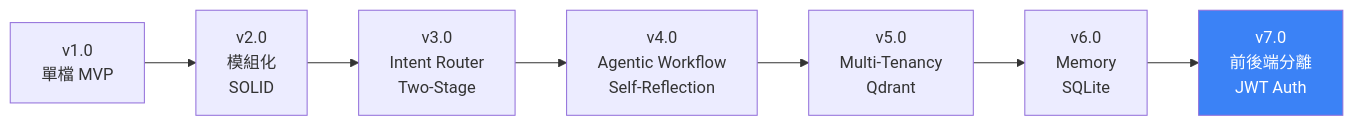
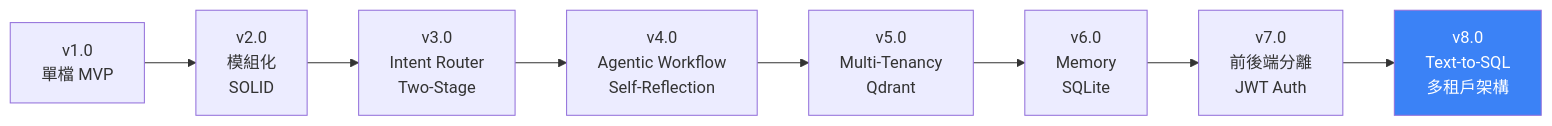
One commit to wei9072/rag-fitness-coach changed the fourth of 4 diagrams in README.md. Above: the diagram before and after it, drawn with Mermaid. The commit also changed other lines of this file and 1 other file, not shown here.

````diff
--- a/README.md
+++ b/README.md
@@ -329,14 +349,15 @@
 ```mermaid
 graph LR
     V1["v1.0<br/>單檔 MVP"]
     V2["v2.0<br/>模組化<br/>SOLID"]
     V3["v3.0<br/>Intent Router<br/>Two-Stage"]
     V4["v4.0<br/>Agentic Workflow<br/>Self-Reflection"]
     V5["v5.0<br/>Multi-Tenancy<br/>Qdrant"]
     V6["v6.0<br/>Memory<br/>SQLite"]
     V7["v7.0<br/>前後端分離<br/>JWT Auth"]
+    V8["v8.0<br/>Text-to-SQL<br/>多租戶架構"]
     
-    V1 --> V2 --> V3 --> V4 --> V5 --> V6 --> V7
+    V1 --> V2 --> V3 --> V4 --> V5 --> V6 --> V7 --> V8
     
-    style V7 fill:#3B82F6,color:#fff
+    style V8 fill:#3B82F6,color:#fff
 ```
````
